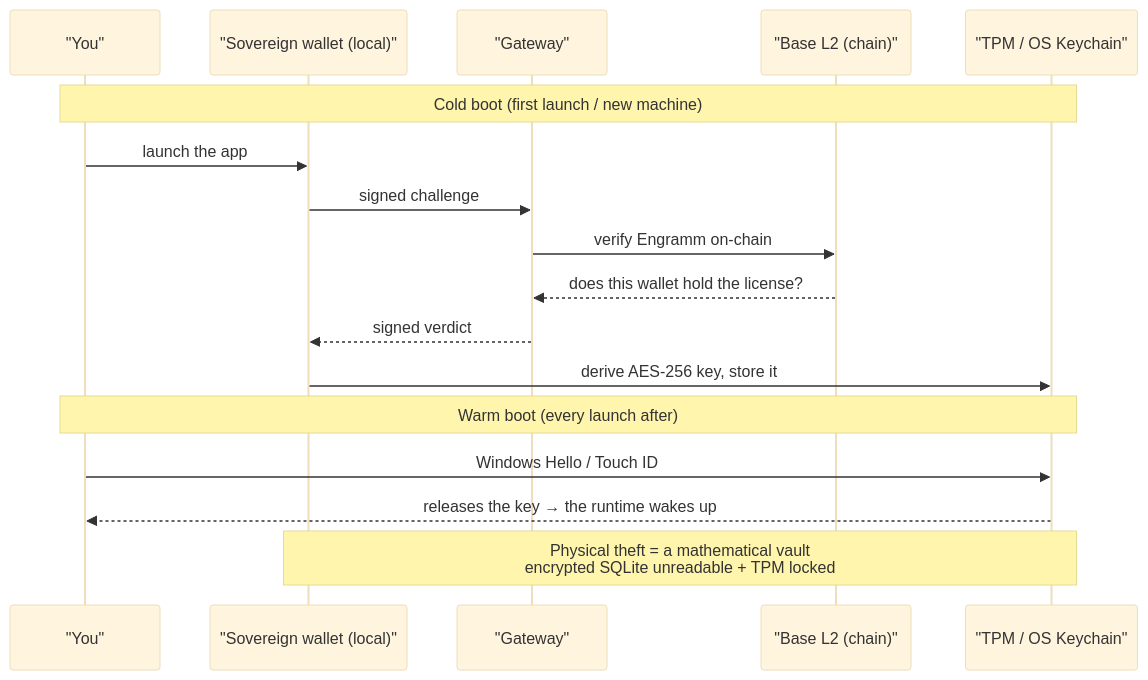
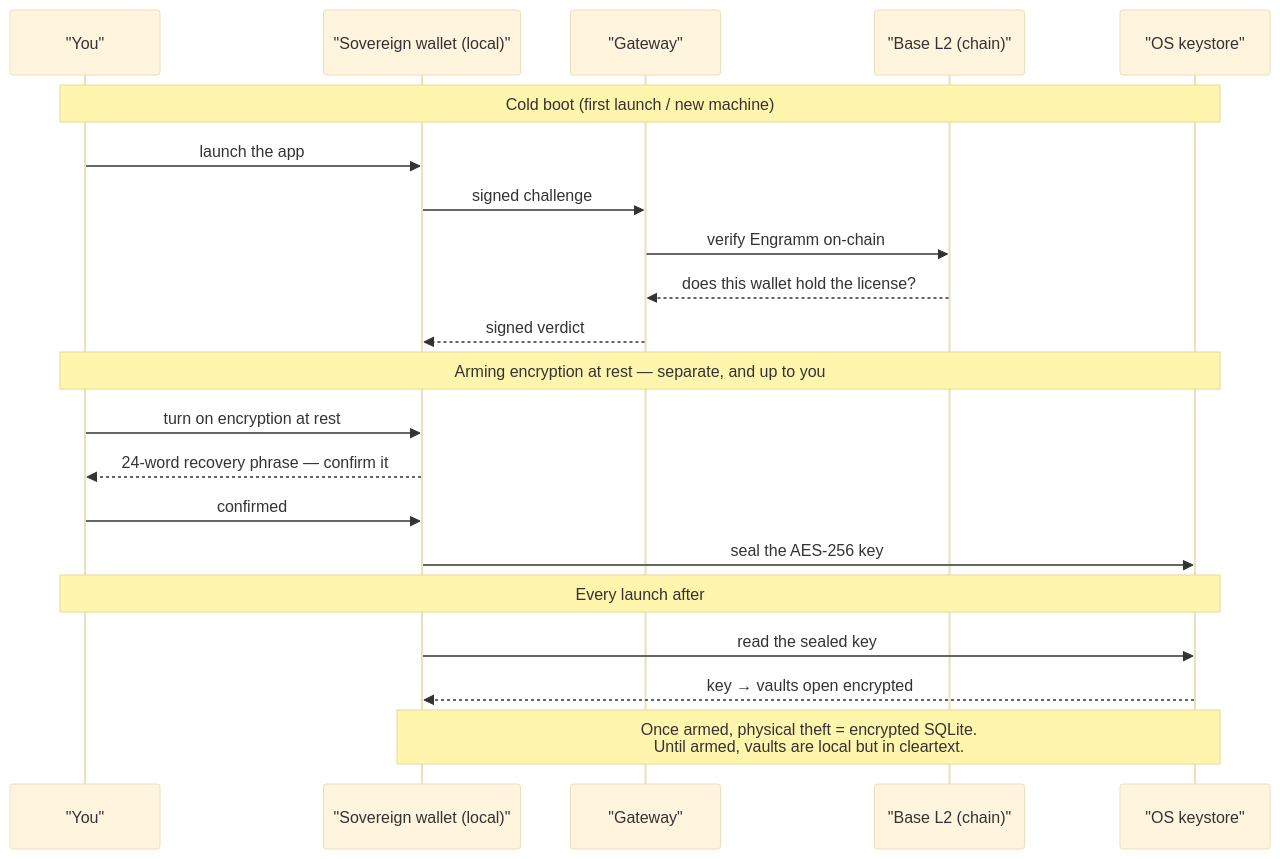
One commit to Mnemosyne-OS/Mnemosyne-Neural-OS changed the third of 3 diagrams in README.md. Above: the diagram before and after it, drawn with Mermaid (base theme). The commit also changed other lines of this file and 3 other files, not shown here.

First line of the commit message:
docs: say what encryption at rest actually does in v1.3.5

````diff
--- a/README.md
+++ b/README.md
@@ -363,22 +363,27 @@
 ```mermaid
 sequenceDiagram
     participant U as "You"
     participant W as "Sovereign wallet (local)"
     participant G as "Gateway"
     participant C as "Base L2 (chain)"
-    participant T as "TPM / OS Keychain"
+    participant T as "OS keystore"
 
     Note over U,T: Cold boot (first launch / new machine)
     U->>W: launch the app
     W->>G: signed challenge
     G->>C: verify Engramm on-chain
     C-->>G: does this wallet hold the license?
     G-->>W: signed verdict
-    W->>T: derive AES-256 key, store it
 
-    Note over U,T: Warm boot (every launch after)
-    U->>T: Windows Hello / Touch ID
-    T-->>U: releases the key → the runtime wakes up
+    Note over U,T: Arming encryption at rest — separate, and up to you
+    U->>W: turn on encryption at rest
+    W-->>U: 24-word recovery phrase — confirm it
+    U->>W: confirmed
+    W->>T: seal the AES-256 key
 
-    Note over W,T: Physical theft = a mathematical vault<br/>encrypted SQLite unreadable + TPM locked
+    Note over U,T: Every launch after
+    W->>T: read the sealed key
+    T-->>W: key → vaults open encrypted
+
+    Note over W,T: Once armed, physical theft = encrypted SQLite.<br/>Until armed, vaults are local but in cleartext.
 ```
````
